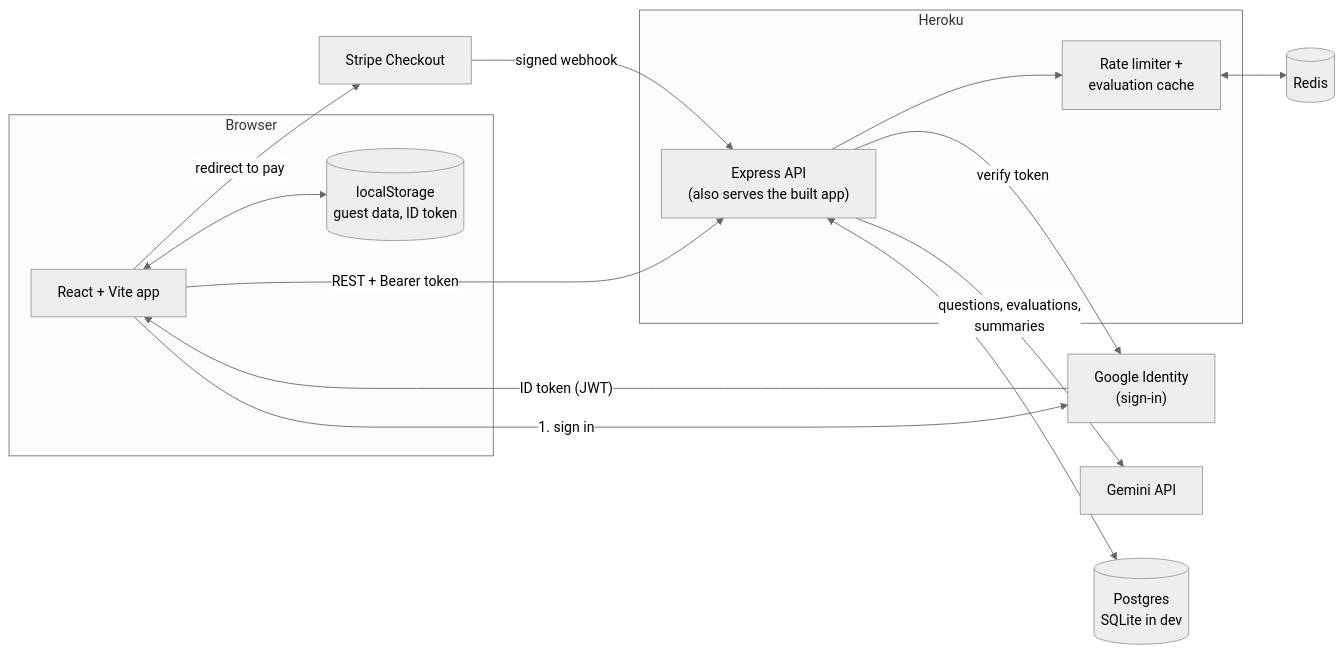
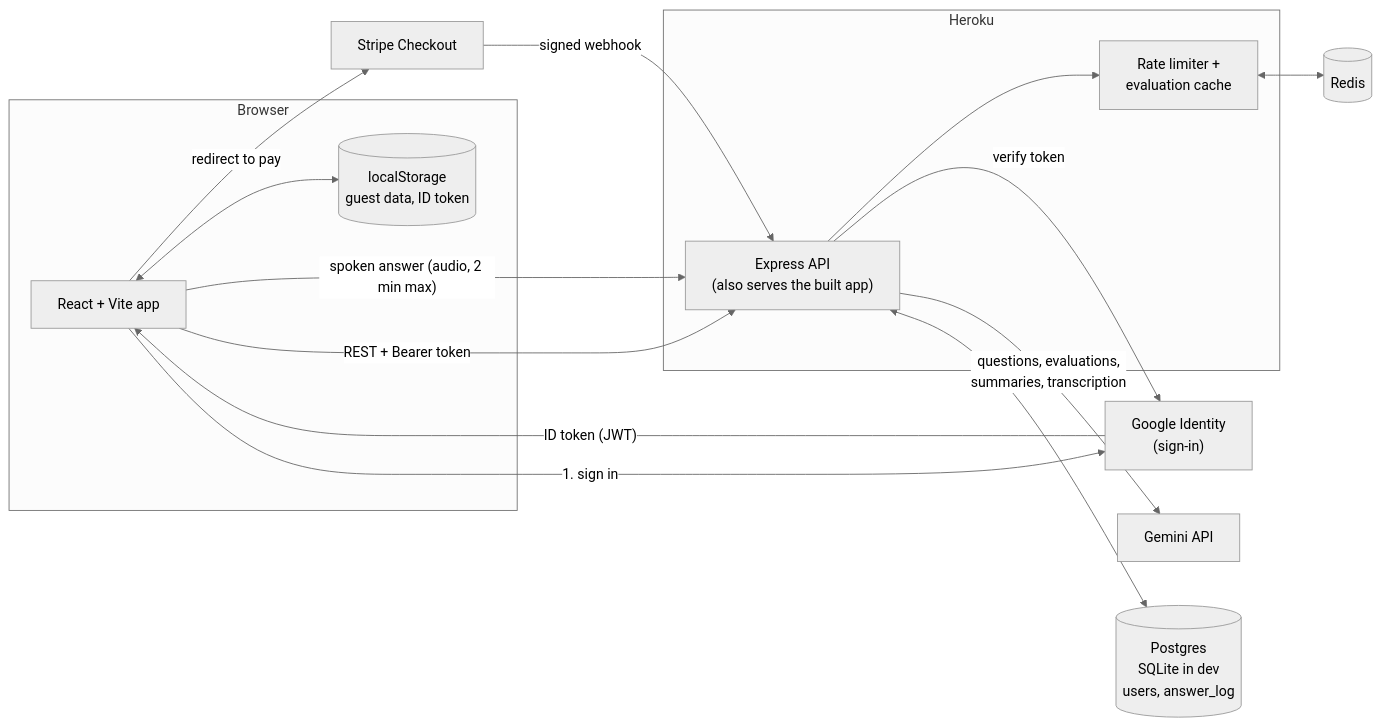
The first of 3 diagrams in README.md (haramrit09k/ai-interview-prep-mentor), drawn with Mermaid (neutral theme) before and after one commit. The commit also changed other lines of this file and 24 other files, not shown here.

````diff
--- a/README.md
+++ b/README.md
@@ -21,30 +25,31 @@
 ```mermaid
 flowchart LR
     subgraph Browser
         UI["React + Vite app"]
         LS[("localStorage<br/>guest data, ID token")]
     end
 
     subgraph Heroku
         API["Express API<br/>(also serves the built app)"]
         RL["Rate limiter +<br/>evaluation cache"]
     end
 
     Google["Google Identity<br/>(sign-in)"]
     Gemini["Gemini API"]
     Stripe["Stripe Checkout"]
     Redis[("Redis")]
-    DB[("Postgres<br/>SQLite in dev")]
+    DB[("Postgres<br/>SQLite in dev<br/>users, answer_log")]
 
     UI <--> LS
     UI -- "1. sign in" --> Google
     Google -- "ID token (JWT)" --> UI
     UI -- "REST + Bearer token" --> API
     API -- "verify token" --> Google
     API --> RL
     RL <--> Redis
-    API -- "questions, evaluations,<br/>summaries" --> Gemini
+    API -- "questions, evaluations,<br/>summaries, transcription" --> Gemini
     API <--> DB
+    UI -- "spoken answer (audio, 2 min max)" --> API
     UI -- "redirect to pay" --> Stripe
     Stripe -- "signed webhook" --> API
 ```
````
